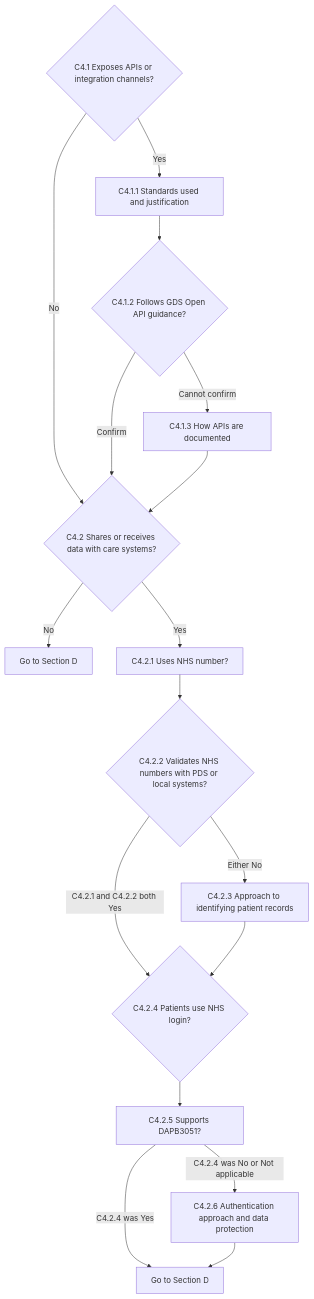
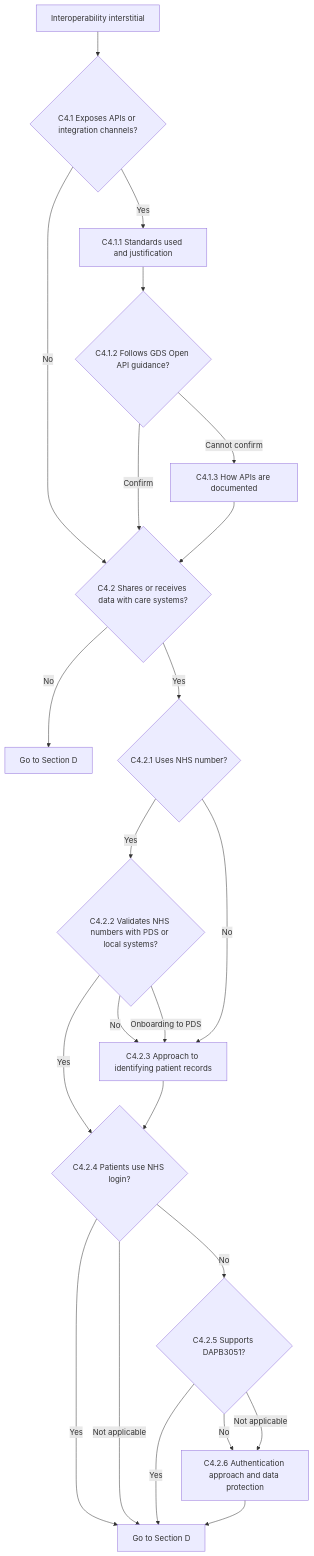
One commit to ataylanez/HealthStore-beta-Ezgi changed the tenth of 13 diagrams in docs/SUPPLIER_PORTAL_FLOWS.md. Above: the diagram before and after it, drawn with Mermaid. The commit also changed other lines of this file and 76 other files, not shown here.

First line of the commit message:
Let product onboarding accept several files or a can't-provide answer, and show products that are visible but not available to commission.

````diff
--- a/docs/SUPPLIER_PORTAL_FLOWS.md
+++ b/docs/SUPPLIER_PORTAL_FLOWS.md
@@ -198,20 +257,25 @@
 ```mermaid
 flowchart TD
-  C41{"C4.1 Exposes APIs or integration channels?"}
+  intro["Interoperability interstitial"] --> C41{"C4.1 Exposes APIs or integration channels?"}
   C41 -->|No| C42
   C41 -->|Yes| C411["C4.1.1 Standards used and justification"]
   C411 --> C412{"C4.1.2 Follows GDS Open API guidance?"}
   C412 -->|Confirm| C42
   C412 -->|Cannot confirm| C413["C4.1.3 How APIs are documented"]
   C413 --> C42{"C4.2 Shares or receives data with care systems?"}
   C42 -->|No| toDa["Go to Section D"]
-  C42 -->|Yes| C421["C4.2.1 Uses NHS number?"]
-  C421 --> C422{"C4.2.2 Validates NHS numbers with PDS or local systems?"}
-  C422 -->|"C4.2.1 and C4.2.2 both Yes"| C424
-  C422 -->|"Either No"| C423["C4.2.3 Approach to identifying patient records"]
+  C42 -->|Yes| C421{"C4.2.1 Uses NHS number?"}
+  C421 -->|Yes| C422{"C4.2.2 Validates NHS numbers with PDS or local systems?"}
+  C421 -->|No| C423
+  C422 -->|Yes| C424
+  C422 -->|No| C423["C4.2.3 Approach to identifying patient records"]
+  C422 -->|Onboarding to PDS| C423
   C423 --> C424{"C4.2.4 Patients use NHS login?"}
-  C424 --> C425["C4.2.5 Supports DAPB3051?"]
-  C425 -->|"C4.2.4 was Yes"| toDb[Go to Section D]
-  C425 -->|"C4.2.4 was No or Not applicable"| C426["C4.2.6 Authentication approach and data protection"]
+  C424 -->|Yes| toDb[Go to Section D]
+  C424 -->|Not applicable| toDb
+  C424 -->|No| C425{"C4.2.5 Supports DAPB3051?"}
+  C425 -->|Yes| toDb
+  C425 -->|No| C426
+  C425 -->|Not applicable| C426["C4.2.6 Authentication approach and data protection"]
   C426 --> toDb
 ```
````
